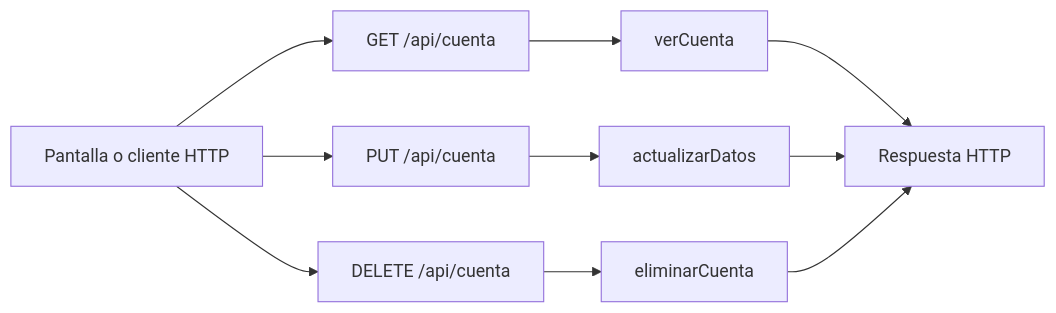
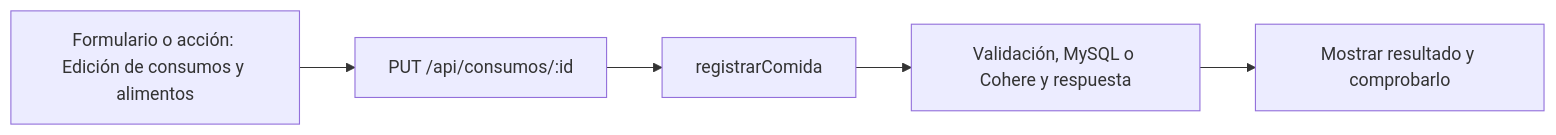
One commit to tomimeno0/GYM-OS-Preentrega-75 changed the diagram in guias/09-simon-castellani.md. Above: the diagram before and after it, drawn with Mermaid. The commit also changed other lines of this file and 12 other files, not shown here.

````diff
--- a/guias/09-simon-castellani.md
+++ b/guias/09-simon-castellani.md
@@ -17,13 +13,8 @@
 ```mermaid
 flowchart LR
-  P["Pantalla o cliente HTTP"]
-  P --> E0["GET /api/cuenta"]
-  E0 --> F0["verCuenta"]
-  F0 --> R["Respuesta HTTP"]
-  P --> E1["PUT /api/cuenta"]
-  E1 --> F1["actualizarDatos"]
-  F1 --> R["Respuesta HTTP"]
-  P --> E2["DELETE /api/cuenta"]
-  E2 --> F2["eliminarCuenta"]
-  F2 --> R["Respuesta HTTP"]
+  U["Formulario o acción: Edición de consumos y alimentos"]
+  U --> E0["PUT /api/consumos/:id"]
+  E0 --> H0["registrarComida"]
+  H0 --> R["Validación, MySQL o Cohere y respuesta"]
+  R --> C["Mostrar resultado y comprobarlo"]
 ```
````
